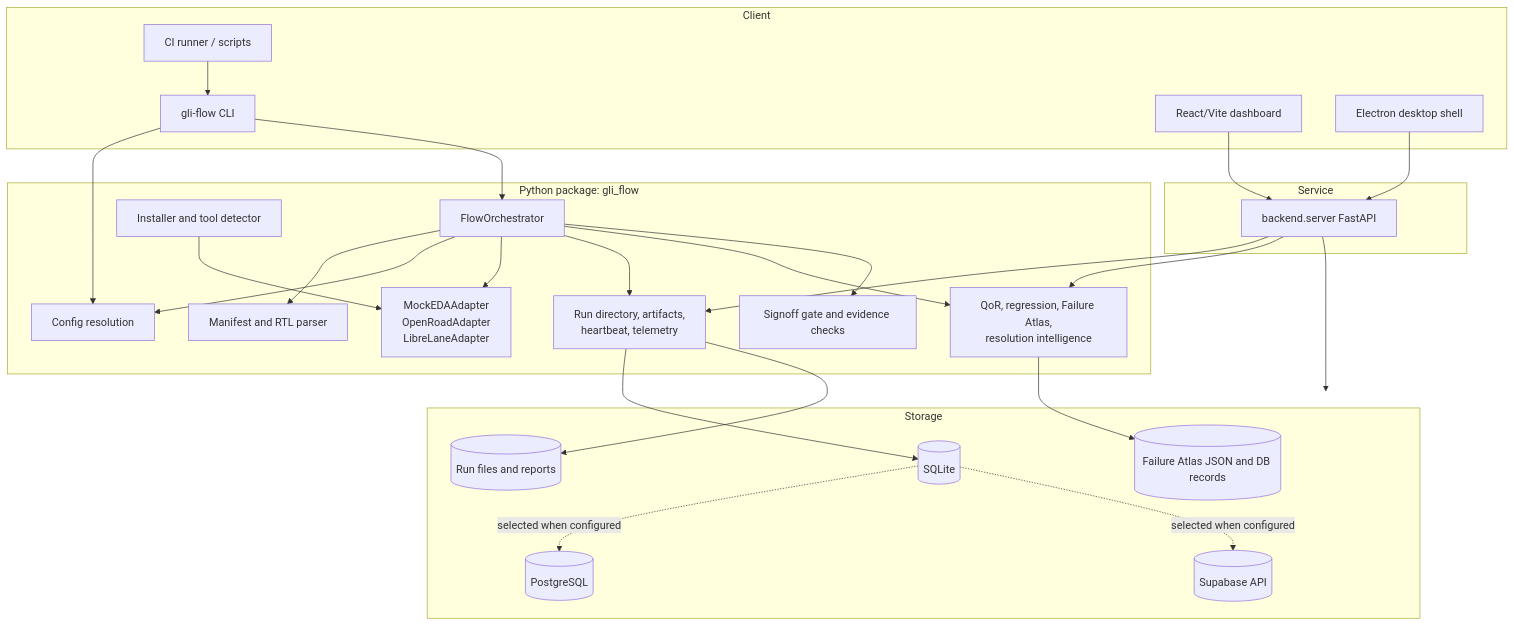
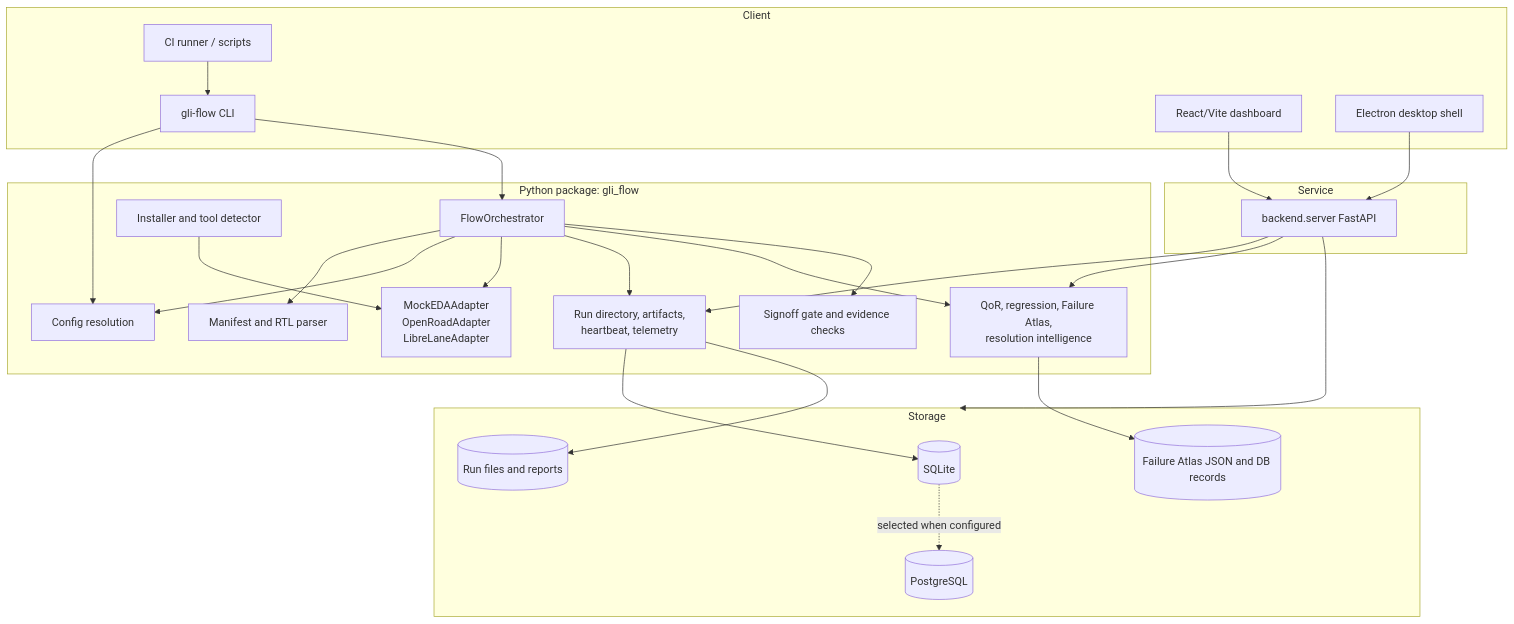
The diagram in gli-flow-asic/docs/architecture/overview.md (Jegadiswar-SM/gli-flow-1.0), drawn with Mermaid before and after one commit. The commit also changed other lines of this file and 27 other files, not shown here.

```diff
--- a/gli-flow-asic/docs/architecture/overview.md
+++ b/gli-flow-asic/docs/architecture/overview.md
@@ -25,53 +24,51 @@
 ~~~mermaid
 graph TB
     subgraph Client
         CLI[gli-flow CLI]
         Browser[React/Vite dashboard]
         Electron[Electron desktop shell]
         CI[CI runner / scripts]
     end
 
     subgraph Python["Python package: gli_flow"]
         Parser[Manifest and RTL parser]
         Config[Config resolution]
         Orch[FlowOrchestrator]
         Adapters[MockEDAAdapter<br/>OpenRoadAdapter<br/>LibreLaneAdapter]
         Runtime[Run directory, artifacts,<br/>heartbeat, telemetry]
         Analysis[QoR, regression, Failure Atlas,<br/>resolution intelligence]
         Signoff[Signoff gate and evidence checks]
         Installer[Installer and tool detector]
     end
 
     subgraph Service
         API[backend.server FastAPI]
     end
 
     subgraph Storage
         SQLite[(SQLite)]
         PostgreSQL[(PostgreSQL)]
-        Supabase[(Supabase API)]
         Files[(Run files and reports)]
         Knowledge[(Failure Atlas JSON and DB records)]
     end
 
     CLI --> Config
     CLI --> Orch
     CI --> CLI
     Browser --> API
     Electron --> API
     API --> Runtime
     API --> Analysis
     API --> Storage
     Orch --> Parser
     Orch --> Config
     Orch --> Adapters
     Orch --> Runtime
     Orch --> Analysis
     Orch --> Signoff
     Runtime --> SQLite
     Runtime --> Files
     Analysis --> Knowledge
     SQLite -. selected when configured .-> PostgreSQL
-    SQLite -. selected when configured .-> Supabase
     Installer --> Adapters
 ~~~
```
